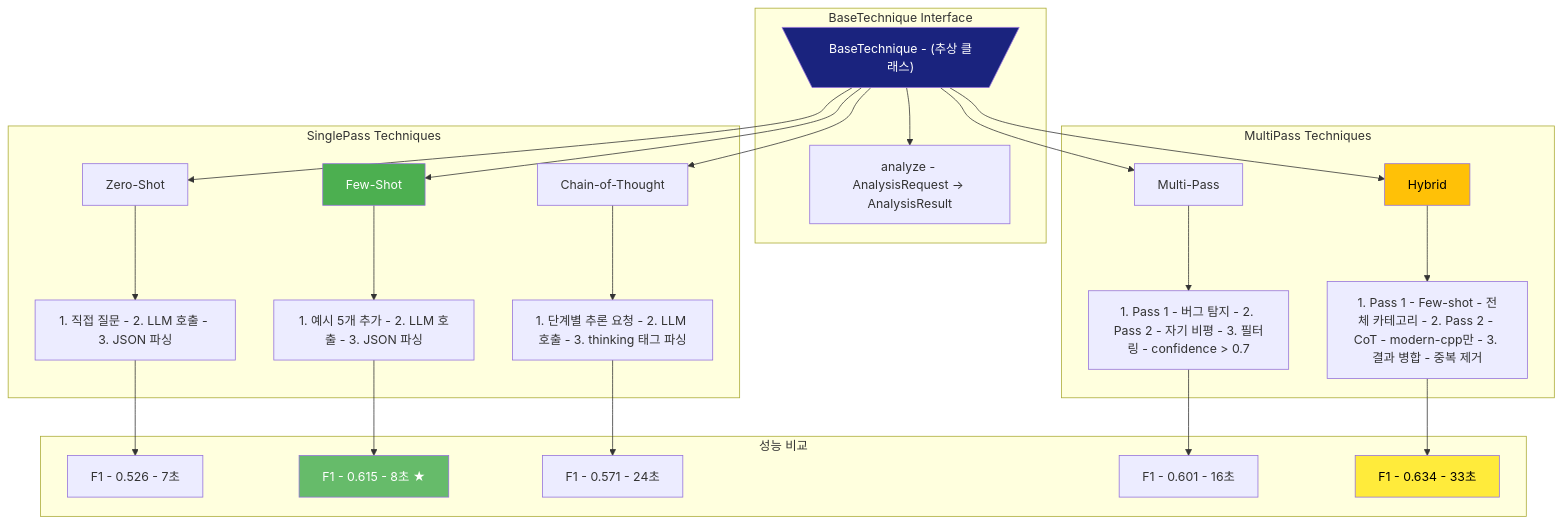
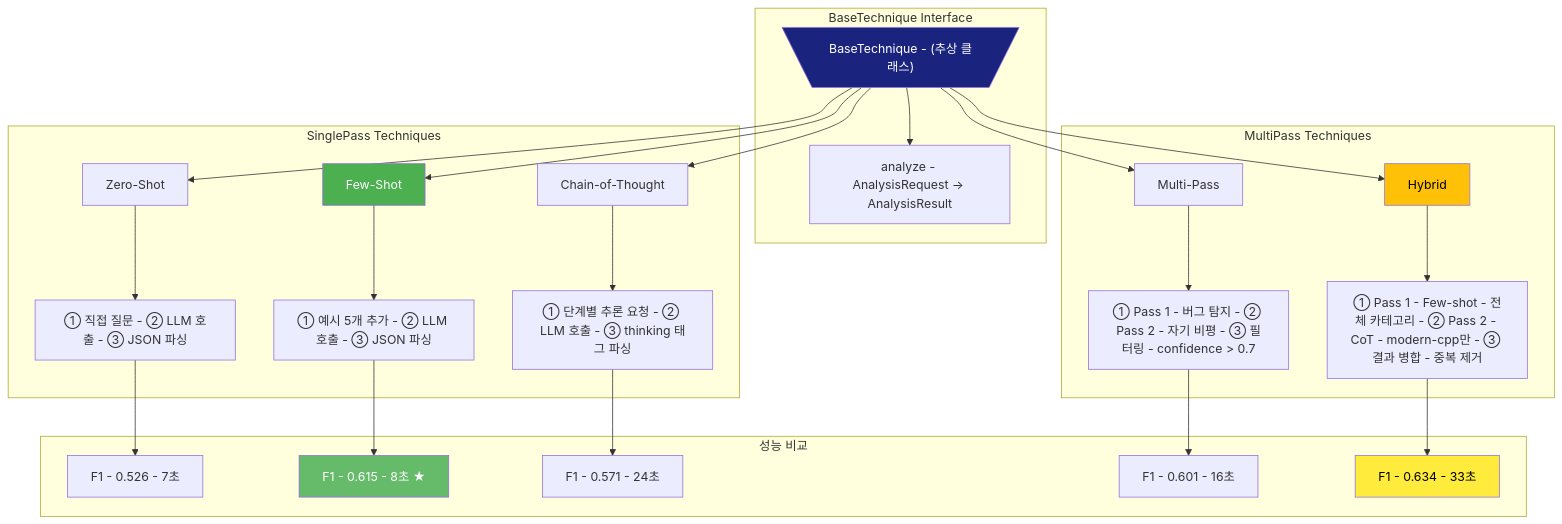
One commit to ApeachM/llm-code-reviewer changed diagram 14 of 46 in PRESENTATION.md. Above: the diagram before and after it, drawn with Mermaid. The commit also changed other lines of this file, not shown here.

First line of the commit message:
docs: Fix Mermaid numbered list rendering errors

````diff
--- a/PRESENTATION.md
+++ b/PRESENTATION.md
@@ -719,39 +719,39 @@
 ```mermaid
 graph TB
     subgraph "BaseTechnique Interface"
         Base[\"BaseTechnique - (추상 클래스)"/]
         Base --> Method[analyze - AnalysisRequest → AnalysisResult]
     end
 
     subgraph "SinglePass Techniques"
         Base --> ZS[Zero-Shot]
         Base --> FS[Few-Shot]
         Base --> CoT[Chain-of-Thought]
 
-        ZS --> ZSFlow[1. 직접 질문 - 2. LLM 호출 - 3. JSON 파싱]
-        FS --> FSFlow[1. 예시 5개 추가 - 2. LLM 호출 - 3. JSON 파싱]
-        CoT --> CoTFlow[1. 단계별 추론 요청 - 2. LLM 호출 - 3. thinking 태그 파싱]
+        ZS --> ZSFlow["① 직접 질문 - ② LLM 호출 - ③ JSON 파싱"]
+        FS --> FSFlow["① 예시 5개 추가 - ② LLM 호출 - ③ JSON 파싱"]
+        CoT --> CoTFlow["① 단계별 추론 요청 - ② LLM 호출 - ③ thinking 태그 파싱"]
     end
 
     subgraph "MultiPass Techniques"
         Base --> MP[Multi-Pass]
         Base --> Hybrid[Hybrid]
 
-        MP --> MPFlow[1. Pass 1 - 버그 탐지 - 2. Pass 2 - 자기 비평 - 3. 필터링 - confidence > 0.7]
-        Hybrid --> HybridFlow[1. Pass 1 - Few-shot - 전체 카테고리 - 2. Pass 2 - CoT - modern-cpp만 - 3. 결과 병합 - 중복 제거]
+        MP --> MPFlow["① Pass 1 - 버그 탐지 - ② Pass 2 - 자기 비평 - ③ 필터링 - confidence > 0.7"]
+        Hybrid --> HybridFlow["① Pass 1 - Few-shot - 전체 카테고리 - ② Pass 2 - CoT - modern-cpp만 - ③ 결과 병합 - 중복 제거"]
     end
 
     subgraph "성능 비교"
         ZSFlow --> ZSMetric[F1 - 0.526 - 7초]
         FSFlow --> FSMetric[F1 - 0.615 - 8초 ★]
         CoTFlow --> CoTMetric[F1 - 0.571 - 24초]
         MPFlow --> MPMetric[F1 - 0.601 - 16초]
         HybridFlow --> HybridMetric[F1 - 0.634 - 33초]
     end
 
     style Base fill:#1a237e,color:#fff
     style FS fill:#4caf50,color:#fff
     style FSMetric fill:#66bb6a,color:#fff
     style Hybrid fill:#ffc107,color:#000
     style HybridMetric fill:#ffeb3b,color:#000
 ```
````
